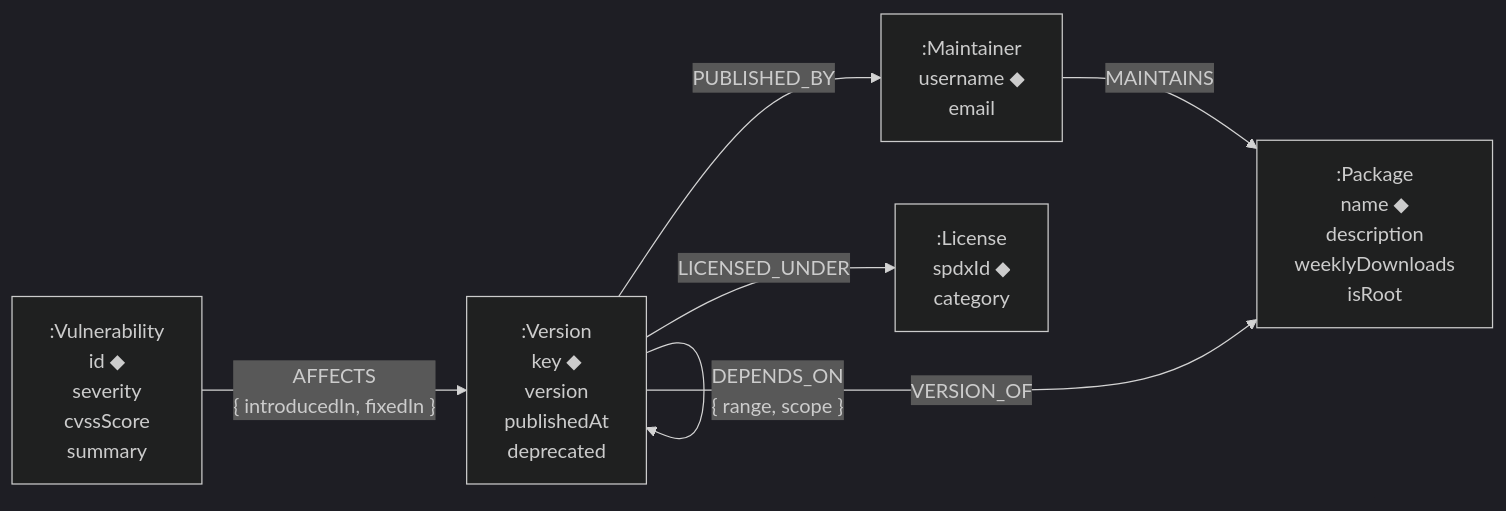
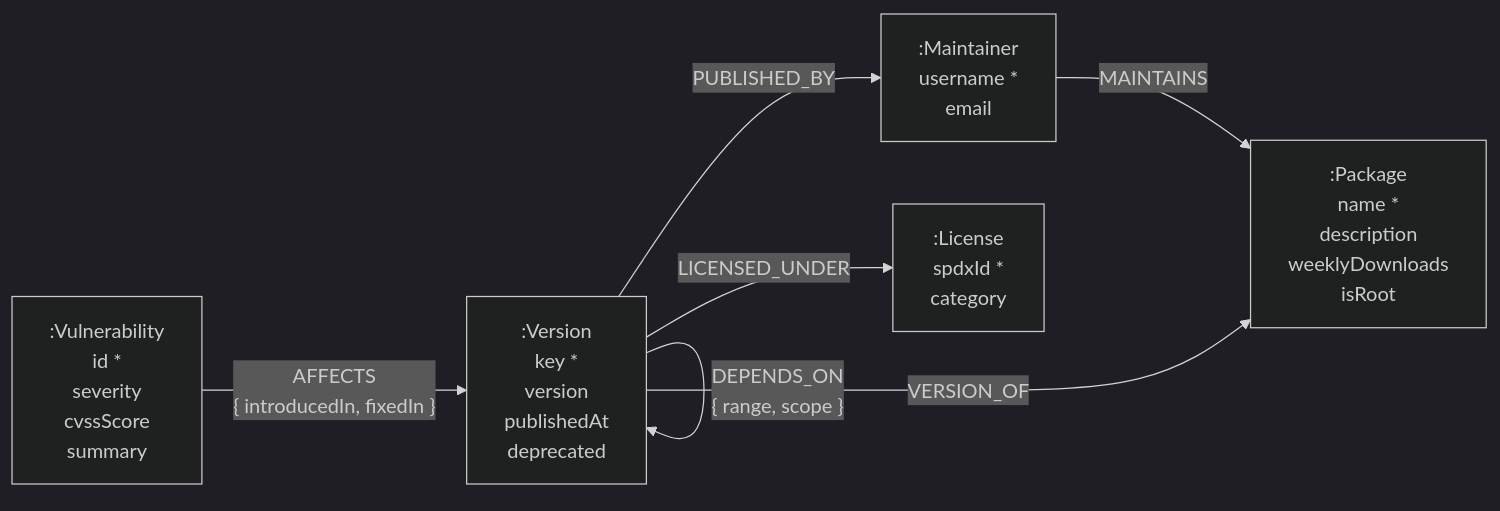
Before and after one commit to nehal2905/wexa-assignment: the diagram in README.md, drawn with Mermaid (dark theme). The commit also changed other lines of this file and 57 other files, not shown here.

````diff
--- a/README.md
+++ b/README.md
@@ -125,15 +125,15 @@
 ```mermaid
 graph LR
-    M[":Maintainer<br/>username ◆<br/>email"]
-    P[":Package<br/>name ◆<br/>description<br/>weeklyDownloads<br/>isRoot"]
-    V[":Version<br/>key ◆<br/>version<br/>publishedAt<br/>deprecated"]
-    L[":License<br/>spdxId ◆<br/>category"]
-    A[":Vulnerability<br/>id ◆<br/>severity<br/>cvssScore<br/>summary"]
+    M[":Maintainer<br/>username *<br/>email"]
+    P[":Package<br/>name *<br/>description<br/>weeklyDownloads<br/>isRoot"]
+    V[":Version<br/>key *<br/>version<br/>publishedAt<br/>deprecated"]
+    L[":License<br/>spdxId *<br/>category"]
+    A[":Vulnerability<br/>id *<br/>severity<br/>cvssScore<br/>summary"]
 
     M -->|MAINTAINS| P
     V -->|VERSION_OF| P
     V -->|"DEPENDS_ON<br/>{ range, scope }"| V
     V -->|PUBLISHED_BY| M
     V -->|LICENSED_UNDER| L
     A -->|"AFFECTS<br/>{ introducedIn, fixedIn }"| V
 ```
````
